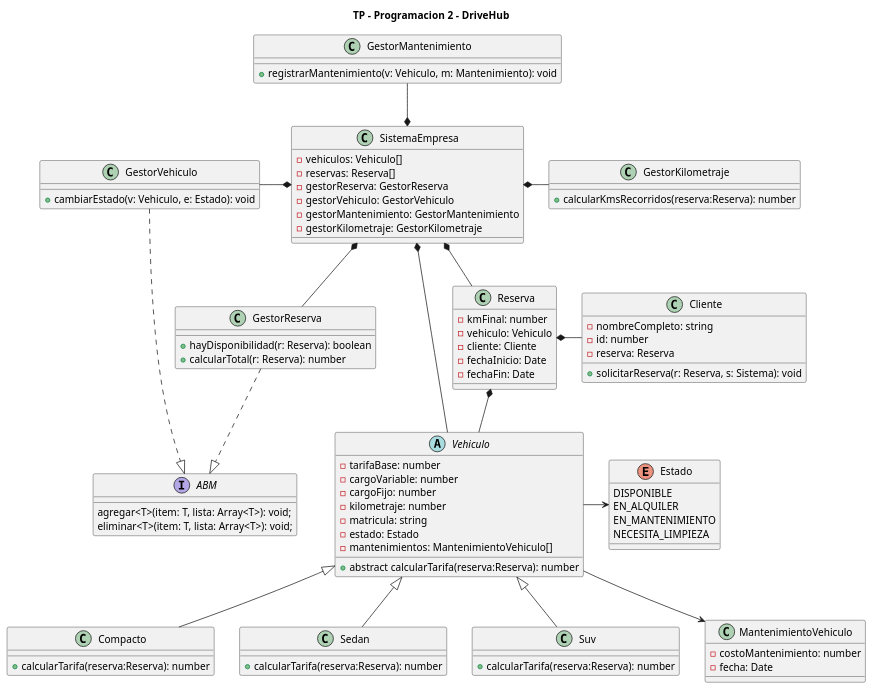
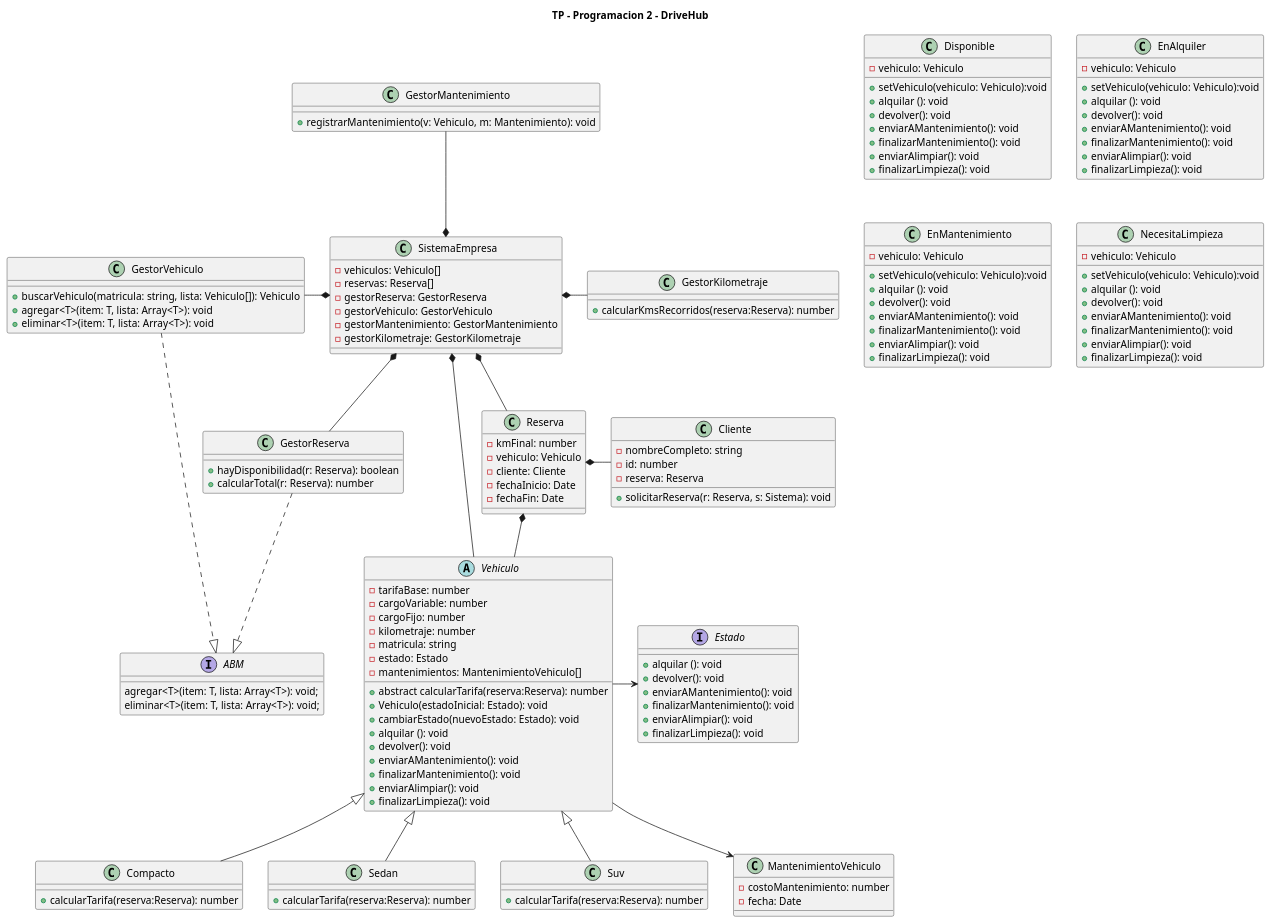
One commit to LauEroles/TP-Progra2-DriveHub changed the diagram in Diagramas/diagramaClases-DriveHub.puml. Above: the diagram before and after it, drawn with PlantUML. The commit also changed 1 other file, not shown here.

Commit message:
agregado del dist/ en el gitignore + cambios en diagrama de clases, agregado del patron state para el manego de los estados del vehiculo

```diff
--- a/Diagramas/diagramaClases-DriveHub.puml
+++ b/Diagramas/diagramaClases-DriveHub.puml
@@ -43,6 +43,14 @@
     - estado: Estado
     - mantenimientos: MantenimientoVehiculo[]
     + abstract calcularTarifa(reserva:Reserva): number
+    + Vehiculo(estadoInicial: Estado): void
+    + cambiarEstado(nuevoEstado: Estado): void
+    + alquilar (): void
+    + devolver(): void
+    + enviarAMantenimiento(): void
+    + finalizarMantenimiento(): void
+    + enviarAlimpiar(): void
+    + finalizarLimpieza(): void
 }
 
 class Compacto {
@@ -57,14 +65,6 @@
     + calcularTarifa(reserva:Reserva): number
 }
 
-'Atributo de vehiculo
-enum Estado {
-    DISPONIBLE
-    EN_ALQUILER
-    EN_MANTENIMIENTO
-    NECESITA_LIMPIEZA
-}
-
 'Atributo del vehiculo
 class MantenimientoVehiculo {
     - costoMantenimiento: number
@@ -73,8 +73,68 @@
 
 
 class GestorVehiculo {
-    + cambiarEstado(v: Vehiculo, e: Estado): void  
-    ' Le cambia el Estado (enum) a un vehiculo (a traves de su setter)
+    + buscarVehiculo(matricula: string, lista: Vehiculo[]): Vehiculo
+    + agregar<T>(item: T, lista: Array<T>): void
+    + eliminar<T>(item: T, lista: Array<T>): void
+}
+
+'Implementacion del patro state para el estado del vehiculo
+interface Estado{
+    + alquilar (): void
+    + devolver(): void
+    + enviarAMantenimiento(): void
+    + finalizarMantenimiento(): void
+    + enviarAlimpiar(): void
+    + finalizarLimpieza(): void
+   
+}
+
+class Disponible {
+    - vehiculo: Vehiculo
+    + setVehiculo(vehiculo: Vehiculo):void
+    + alquilar (): void
+    + devolver(): void
+    + enviarAMantenimiento(): void
+    + finalizarMantenimiento(): void
+    + enviarAlimpiar(): void
+    + finalizarLimpieza(): void
+    
+}
+
+class EnAlquiler {   
+    - vehiculo: Vehiculo
+    + setVehiculo(vehiculo: Vehiculo):void
+    + alquilar (): void
+    + devolver(): void
+    + enviarAMantenimiento(): void
+    + finalizarMantenimiento(): void
+    + enviarAlimpiar(): void
+    + finalizarLimpieza(): void
+    
+}
+
+class EnMantenimiento {
+    - vehiculo: Vehiculo
+    + setVehiculo(vehiculo: Vehiculo):void
+    + alquilar (): void
+    + devolver(): void
+    + enviarAMantenimiento(): void
+    + finalizarMantenimiento(): void
+    + enviarAlimpiar(): void
+    + finalizarLimpieza(): void
+    
+}
+
+class NecesitaLimpieza {
+    - vehiculo: Vehiculo
+    + setVehiculo(vehiculo: Vehiculo):void
+    + alquilar (): void
+    + devolver(): void
+    + enviarAMantenimiento(): void
+    + finalizarMantenimiento(): void
+    + enviarAlimpiar(): void
+    + finalizarLimpieza(): void
+    
 }
 
 
```
